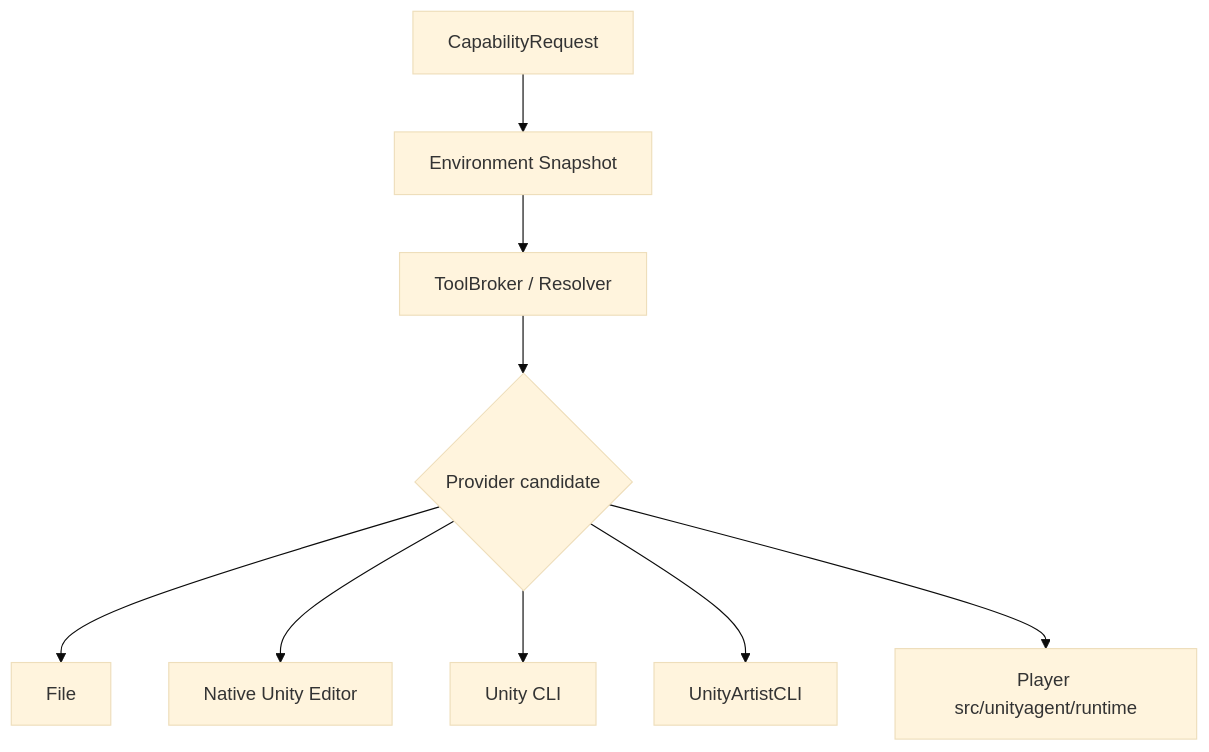
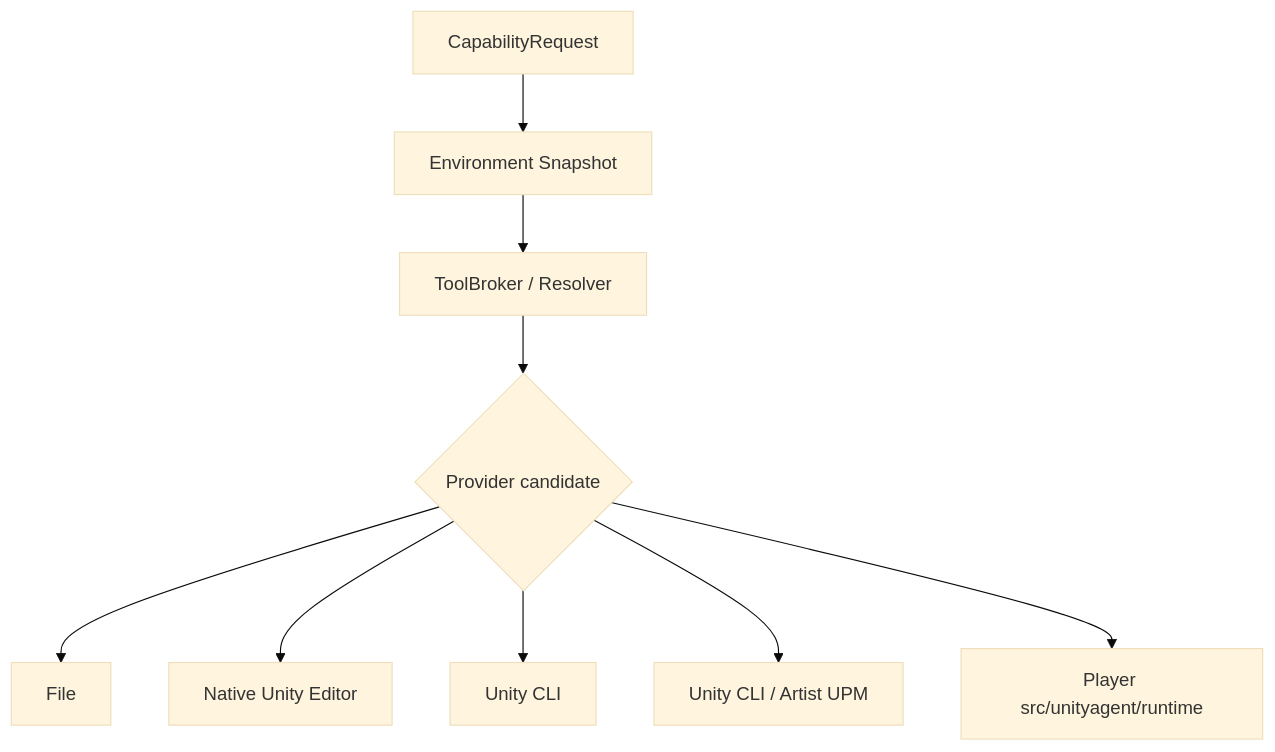
The second of 4 diagrams in docs/local-project-development.md (DarumaPPAP/UnityAgent), drawn with Mermaid (base theme) before and after one commit. The commit also changed other lines of this file and 343 other files, not shown here.

````diff
--- a/docs/local-project-development.md
+++ b/docs/local-project-development.md
@@ -252,11 +252,11 @@
 ```mermaid
 flowchart TD
     C[CapabilityRequest] --> E[Environment Snapshot]
     E --> B[ToolBroker / Resolver]
     B --> P{Provider candidate}
     P --> F[File]
     P --> N[Native Unity Editor]
     P --> U[Unity CLI]
-    P --> A[UnityArtistCLI]
+    P --> A[Unity CLI / Artist UPM]
     P --> R[Player src/unityagent/runtime]
 ```
````
